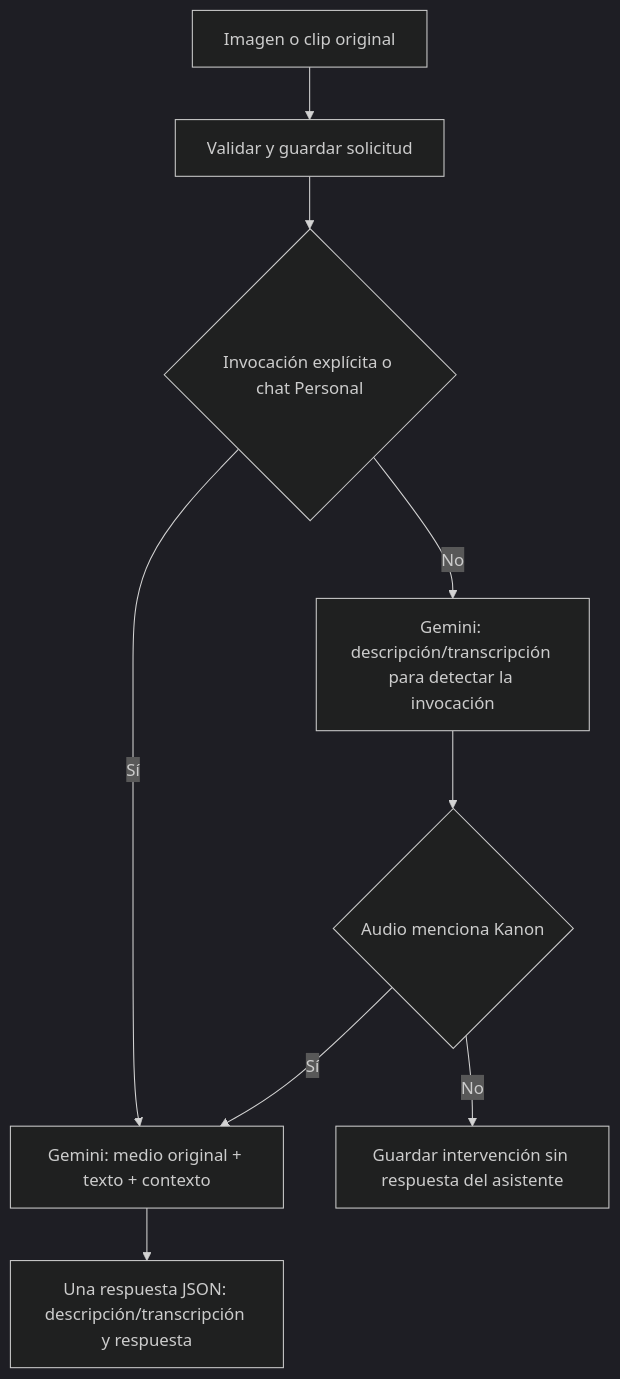
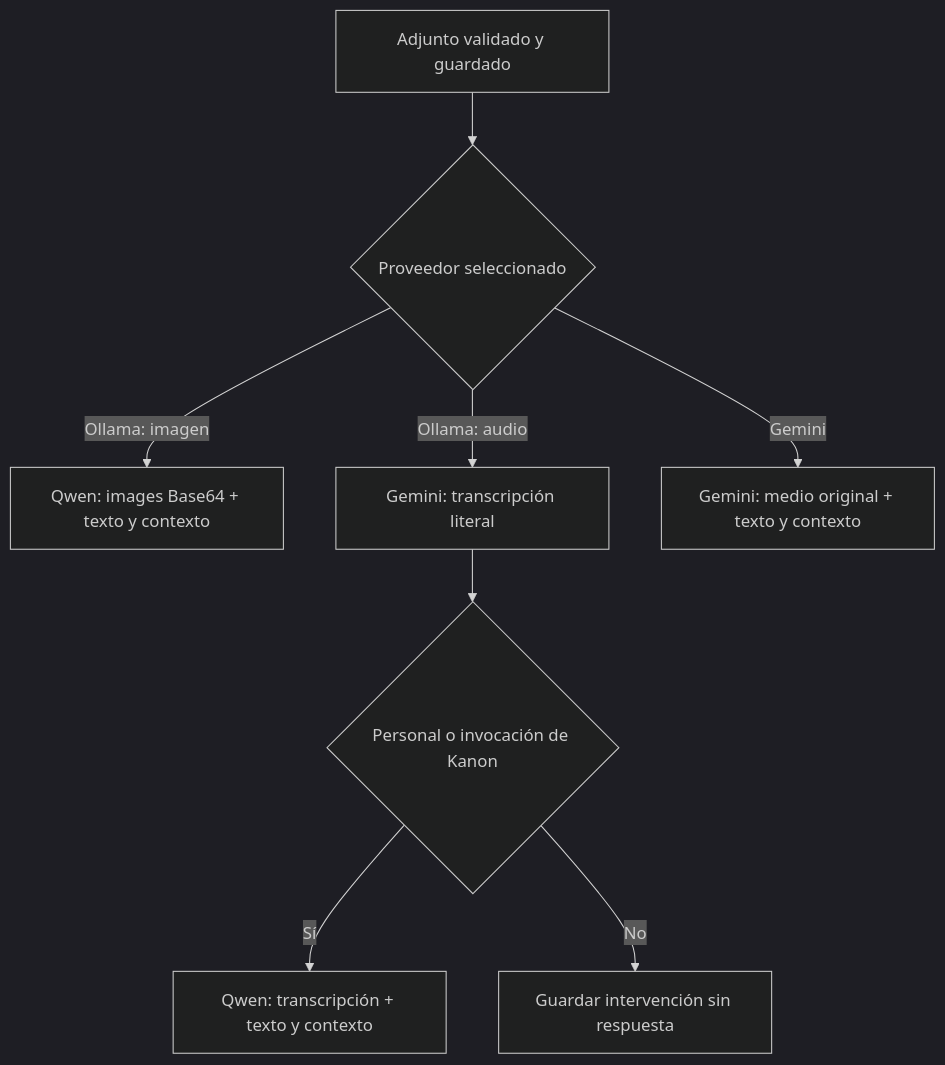
One commit to evert-aov/sw1_parcial1_ia changed the diagram in guia-desarrollador/04-PROVEEDORES-Y-ENTRADAS-MULTIMODALES.md. Above: the diagram before and after it, drawn with Mermaid (dark theme). The commit also changed other lines of this file and 11 other files, not shown here.

First line of the commit message:
feat(ia): soportar vision multimodal en Ollama y ampliar timeout de turnos a 300s

````diff
--- a/guia-desarrollador/04-PROVEEDORES-Y-ENTRADAS-MULTIMODALES.md
+++ b/guia-desarrollador/04-PROVEEDORES-Y-ENTRADAS-MULTIMODALES.md
@@ -46,11 +52,10 @@
 ```mermaid
 flowchart TD
-  Media[Imagen o clip original] --> Validate[Validar y guardar solicitud]
-  Validate --> Known{Invocación explícita o chat Personal}
-  Known -->|Sí| Gemini[Gemini: medio original + texto + contexto]
-  Gemini --> Result[Una respuesta JSON: descripción/transcripción y respuesta]
-  Known -->|No| Describe[Gemini: descripción/transcripción para detectar la invocación]
-  Describe --> Mention{Audio menciona Kanon}
-  Mention -->|Sí| Gemini
-  Mention -->|No| History[Guardar intervención sin respuesta del asistente]
+  Media[Adjunto validado y guardado] --> Selected{Proveedor seleccionado}
+  Selected -->|Ollama: imagen| Vision[Qwen: images Base64 + texto y contexto]
+  Selected -->|Ollama: audio| STT[Gemini: transcripción literal]
+  STT --> Mention{Personal o invocación de Kanon}
+  Mention -->|Sí| Qwen[Qwen: transcripción + texto y contexto]
+  Mention -->|No| History[Guardar intervención sin respuesta]
+  Selected -->|Gemini| Cloud[Gemini: medio original + texto y contexto]
 ```
````
